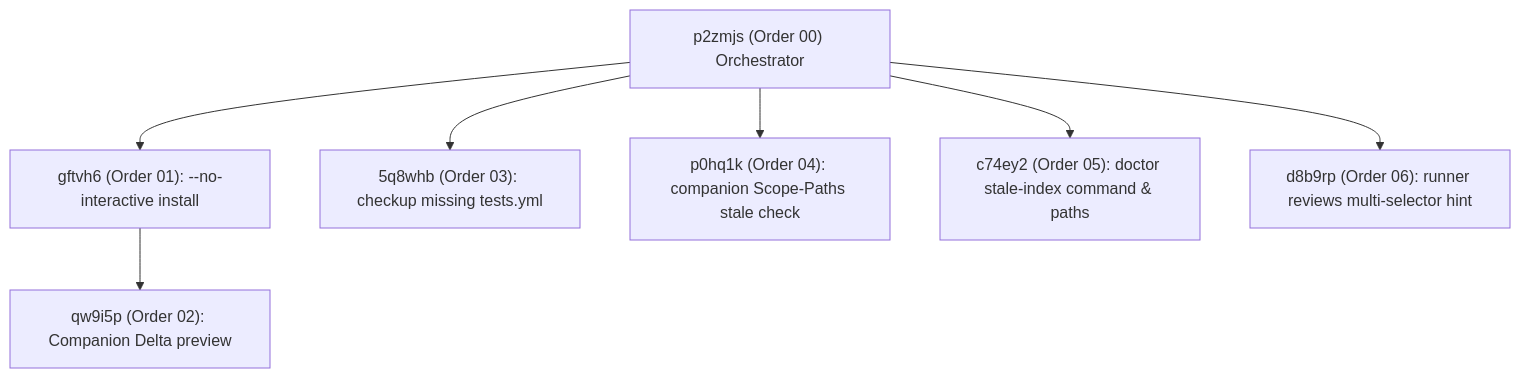
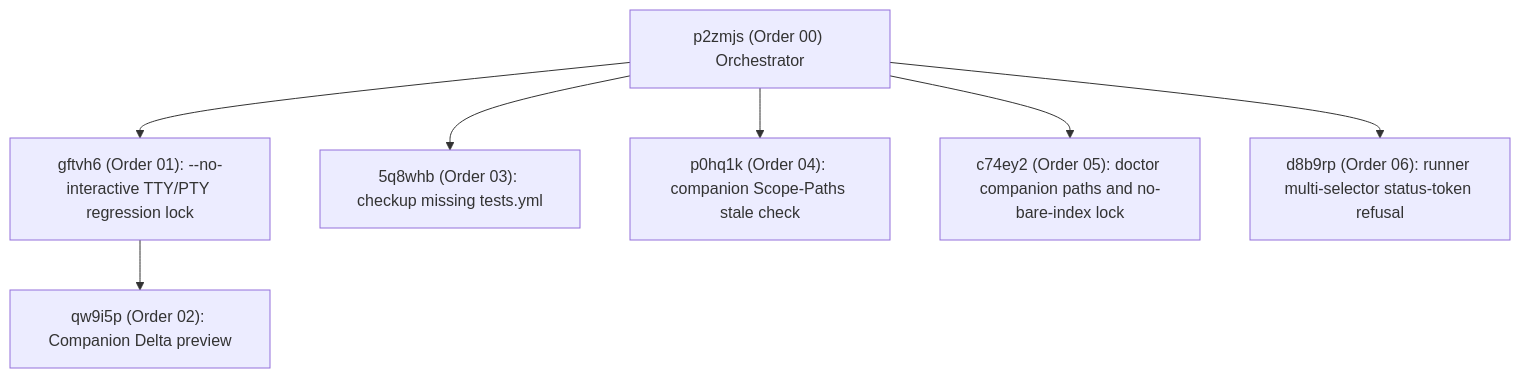
Before and after one commit to fariello/agent-workflows: the diagram in .aw/records/plans/pending/20261121-dogfood-bugs-00-p2zmjs-coordinate-six-dogfooding-bug-fixes-across-install-checkup-c.ipd.md, drawn with Mermaid. The commit also changed other lines of this file and 1 other file, not shown here.

First line of the commit message:
plan-review: harden p2zmjs (revisions applied)

````diff
--- a/.aw/records/plans/pending/20261121-dogfood-bugs-00-p2zmjs-coordinate-six-dogfooding-bug-fixes-across-install-checkup-c.ipd.md
+++ b/.aw/records/plans/pending/20261121-dogfood-bugs-00-p2zmjs-coordinate-six-dogfooding-bug-fixes-across-install-checkup-c.ipd.md
@@ -35,9 +39,9 @@
 ```mermaid
 flowchart TD
-    O["p2zmjs (Order 00) Orchestrator"] --> C1["gftvh6 (Order 01): --no-interactive install"]
+    O["p2zmjs (Order 00) Orchestrator"] --> C1["gftvh6 (Order 01): --no-interactive TTY/PTY regression lock"]
     C1 --> C2["qw9i5p (Order 02): Companion Delta preview"]
     O --> C3["5q8whb (Order 03): checkup missing tests.yml"]
     O --> C4["p0hq1k (Order 04): companion Scope-Paths stale check"]
-    O --> C5["c74ey2 (Order 05): doctor stale-index command & paths"]
-    O --> C6["d8b9rp (Order 06): runner reviews multi-selector hint"]
+    O --> C5["c74ey2 (Order 05): doctor companion paths and no-bare-index lock"]
+    O --> C6["d8b9rp (Order 06): runner multi-selector status-token refusal"]
 ```
````
